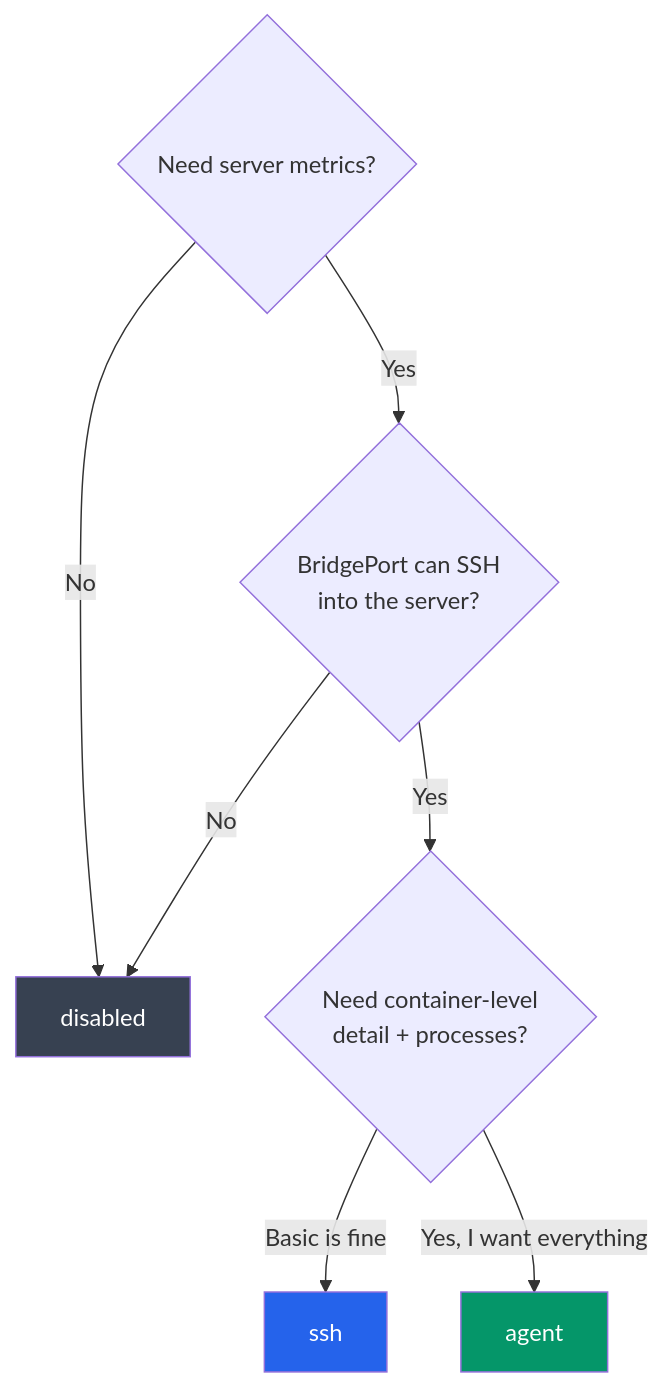
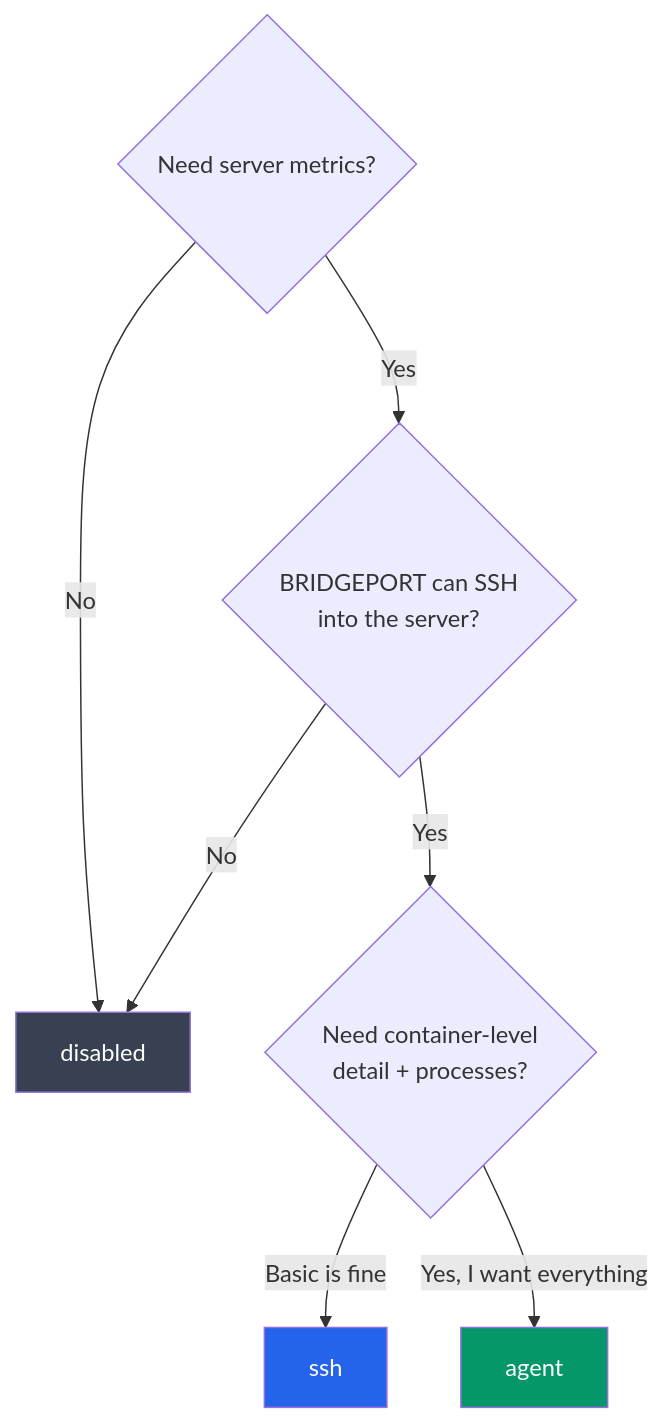
Before and after one commit to bridgeinpt/bridgeport: the second of 2 diagrams in docs/guides/servers.md, drawn with Mermaid. The commit also changed other lines of this file and 94 other files, not shown here.

````diff
--- a/docs/guides/servers.md
+++ b/docs/guides/servers.md
@@ -212,13 +212,13 @@
 ```mermaid
 flowchart TD
     A{Need server metrics?} -->|No| B[disabled]
-    A -->|Yes| C{BridgePort can SSH<br>into the server?}
+    A -->|Yes| C{BRIDGEPORT can SSH<br>into the server?}
     C -->|Yes| D{Need container-level<br>detail + processes?}
     C -->|No| B
     D -->|Basic is fine| E[ssh]
     D -->|Yes, I want everything| F[agent]
 
     style B fill:#374151,color:#fff
     style E fill:#2563eb,color:#fff
     style F fill:#059669,color:#fff
 ```
````
